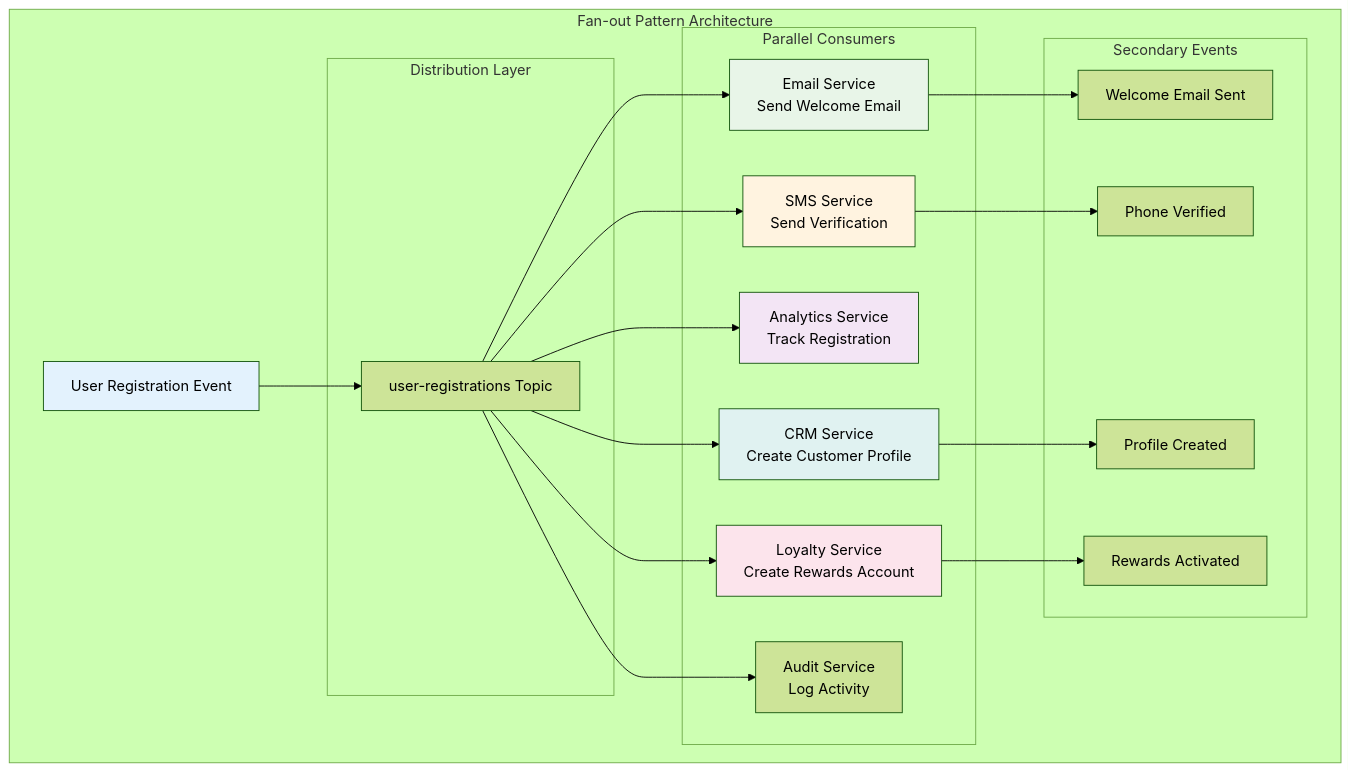
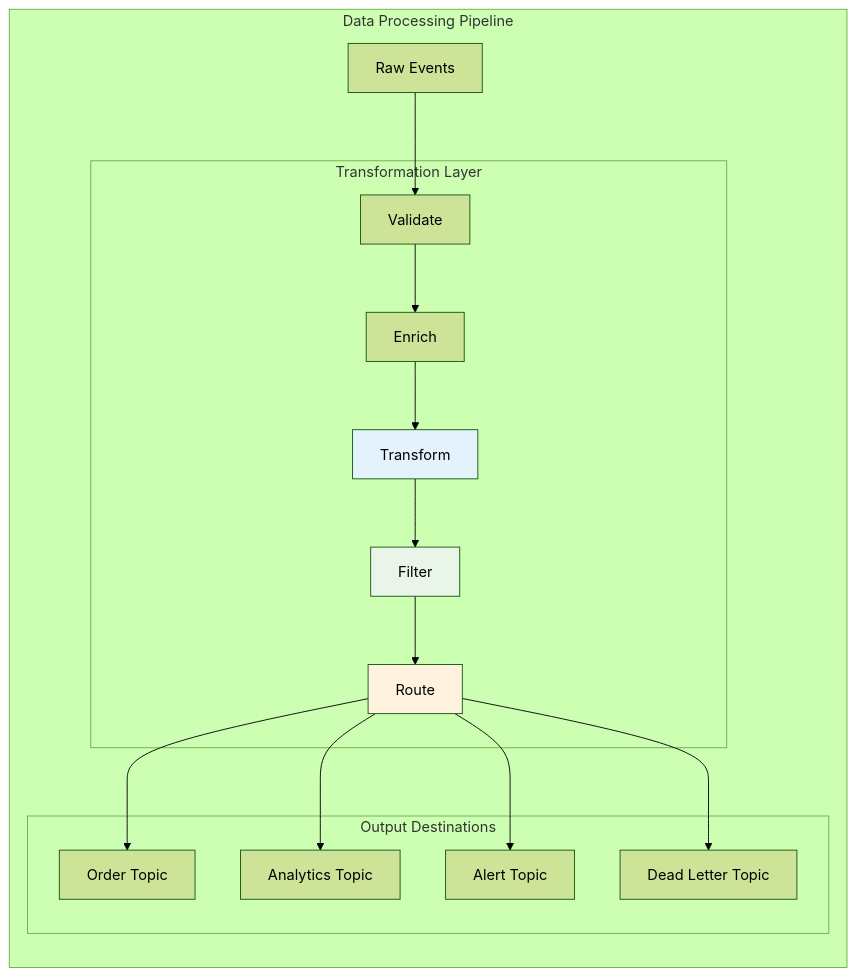
One commit to vorrawut/KafkaStarter changed the diagram in class/modules/lesson_11/concept.md. Above: the diagram before and after it, drawn with Mermaid (forest theme). The commit also changed other lines of this file and 204 other files, not shown here.

````diff
--- a/class/modules/lesson_11/concept.md
+++ b/class/modules/lesson_11/concept.md
@@ -13,47 +18,36 @@
 ```mermaid
-graph TB
-    subgraph "Fan-out Pattern Architecture"
-        EVENT[User Registration Event]
+graph LR
+    subgraph "Data Processing Pipeline"
+        INPUT[Raw Events]
         
-        subgraph "Distribution Layer"
-            TOPIC[user-registrations Topic]
+        subgraph "Transformation Layer"
+            VALIDATE[Validate]
+            ENRICH[Enrich]
+            TRANSFORM[Transform]
+            FILTER[Filter]
+            ROUTE[Route]
         end
         
-        subgraph "Parallel Consumers"
-            EMAIL[Email Service<br/>Send Welcome Email]
-            SMS[SMS Service<br/>Send Verification]
-            ANALYTICS[Analytics Service<br/>Track Registration]
-            CRM[CRM Service<br/>Create Customer Profile]
-            LOYALTY[Loyalty Service<br/>Create Rewards Account]
-            AUDIT[Audit Service<br/>Log Activity]
-        end
-        
-        subgraph "Secondary Events"
-            WELCOME[Welcome Email Sent]
-            VERIFIED[Phone Verified]
-            PROFILE[Profile Created]
-            REWARDS[Rewards Activated]
+        subgraph "Output Destinations"
+            ORDERS[Order Topic]
+            ANALYTICS[Analytics Topic]
+            ALERTS[Alert Topic]
+            DLT[Dead Letter Topic]
         end
     end
     
-    EVENT --> TOPIC
+    INPUT --> VALIDATE
+    VALIDATE --> ENRICH
+    ENRICH --> TRANSFORM
+    TRANSFORM --> FILTER
+    FILTER --> ROUTE
     
-    TOPIC --> EMAIL
-    TOPIC --> SMS
-    TOPIC --> ANALYTICS
-    TOPIC --> CRM
-    TOPIC --> LOYALTY
-    TOPIC --> AUDIT
+    ROUTE --> ORDERS
+    ROUTE --> ANALYTICS
+    ROUTE --> ALERTS
+    ROUTE --> DLT
     
-    EMAIL --> WELCOME
-    SMS --> VERIFIED
-    CRM --> PROFILE
-    LOYALTY --> REWARDS
-    
-    style EVENT fill:#e3f2fd
-    style EMAIL fill:#e8f5e8
-    style SMS fill:#fff3e0
-    style ANALYTICS fill:#f3e5f5
-    style CRM fill:#e0f2f1
-    style LOYALTY fill:#fce4ec
+    style TRANSFORM fill:#e3f2fd
+    style FILTER fill:#e8f5e8
+    style ROUTE fill:#fff3e0
 ```
````
